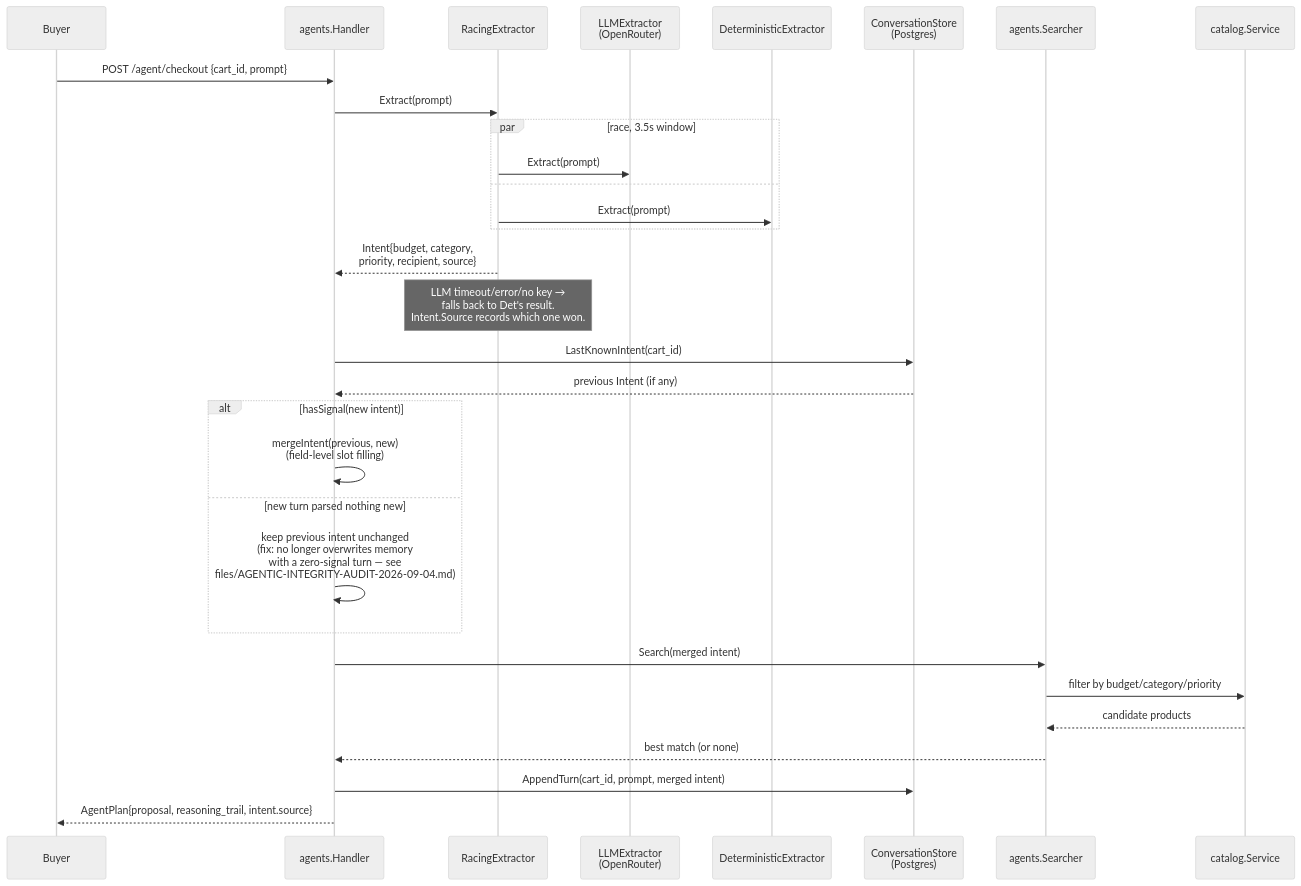
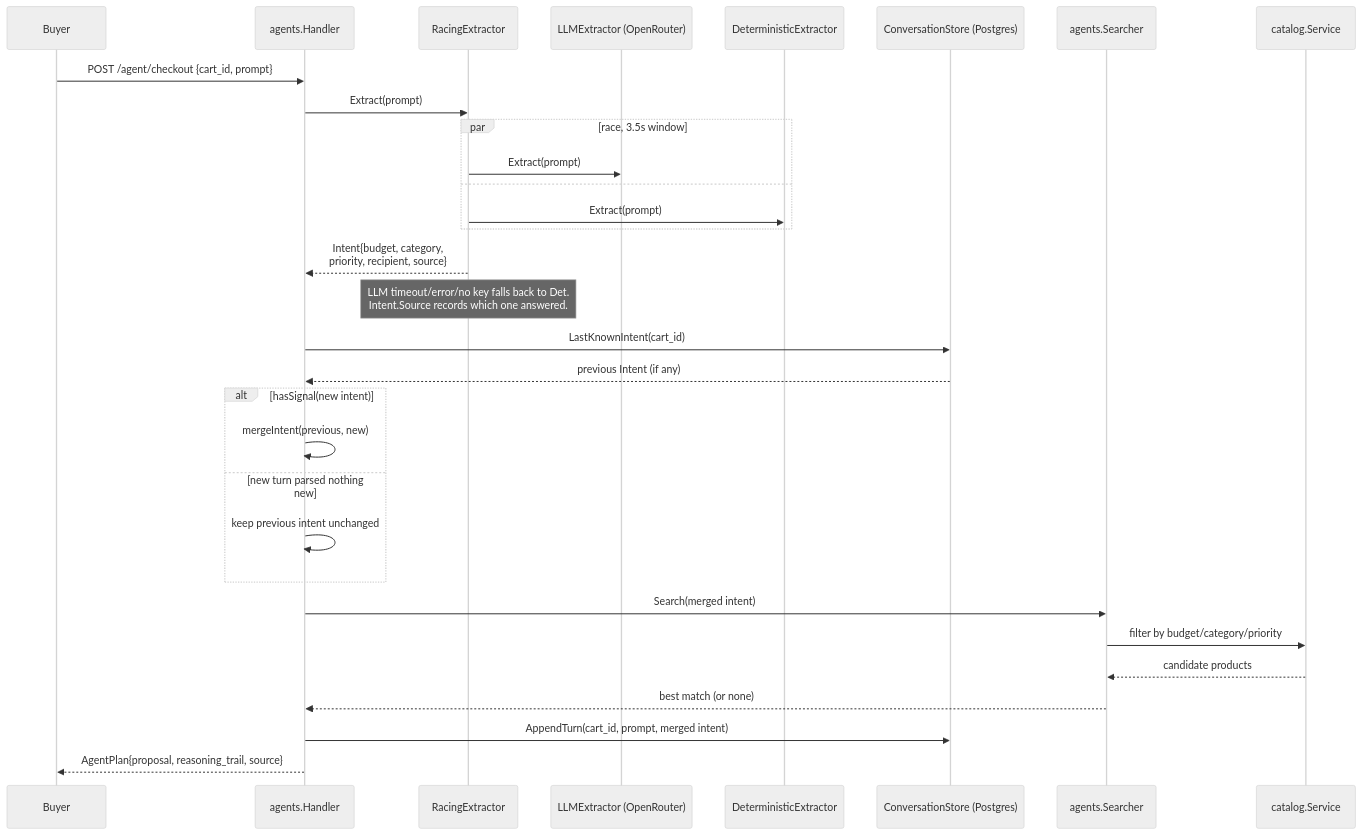
Before and after one commit to GarineSaiAjay/commerceos: the third of 10 diagrams in files/ARCHITECTURE.md, drawn with Mermaid (neutral theme). The commit also changed other lines of this file, not shown here.

First line of the commit message:
docs(files): fix distorted Mermaid rendering in ARCHITECTURE.md

````diff
--- a/files/ARCHITECTURE.md
+++ b/files/ARCHITECTURE.md
@@ -139,38 +150,38 @@
 ```mermaid
 sequenceDiagram
     participant Buyer
     participant Handler as agents.Handler
     participant Racing as RacingExtractor
-    participant LLM as LLMExtractor<br/>(OpenRouter)
+    participant LLM as LLMExtractor (OpenRouter)
     participant Det as DeterministicExtractor
-    participant Memory as ConversationStore<br/>(Postgres)
+    participant Memory as ConversationStore (Postgres)
     participant Searcher as agents.Searcher
     participant Catalog as catalog.Service
 
     Buyer->>Handler: POST /agent/checkout {cart_id, prompt}
     Handler->>Racing: Extract(prompt)
     par race, 3.5s window
         Racing->>LLM: Extract(prompt)
     and
         Racing->>Det: Extract(prompt)
     end
     Racing-->>Handler: Intent{budget, category,<br/>priority, recipient, source}
-    Note over Racing: LLM timeout/error/no key →<br/>falls back to Det's result.<br/>Intent.Source records which one won.
+    Note over Racing: LLM timeout/error/no key falls back to Det.<br/>Intent.Source records which one answered.
 
     Handler->>Memory: LastKnownIntent(cart_id)
     Memory-->>Handler: previous Intent (if any)
 
     alt hasSignal(new intent)
-        Handler->>Handler: mergeIntent(previous, new)<br/>(field-level slot filling)
+        Handler->>Handler: mergeIntent(previous, new)
     else new turn parsed nothing new
-        Handler->>Handler: keep previous intent unchanged<br/>(fix: no longer overwrites memory<br/>with a zero-signal turn — see<br/>files/AGENTIC-INTEGRITY-AUDIT-2026-09-04.md)
+        Handler->>Handler: keep previous intent unchanged
     end
 
     Handler->>Searcher: Search(merged intent)
     Searcher->>Catalog: filter by budget/category/priority
     Catalog-->>Searcher: candidate products
     Searcher-->>Handler: best match (or none)
 
     Handler->>Memory: AppendTurn(cart_id, prompt, merged intent)
-    Handler-->>Buyer: AgentPlan{proposal, reasoning_trail, intent.source}
+    Handler-->>Buyer: AgentPlan{proposal, reasoning_trail, source}
 ```
````
